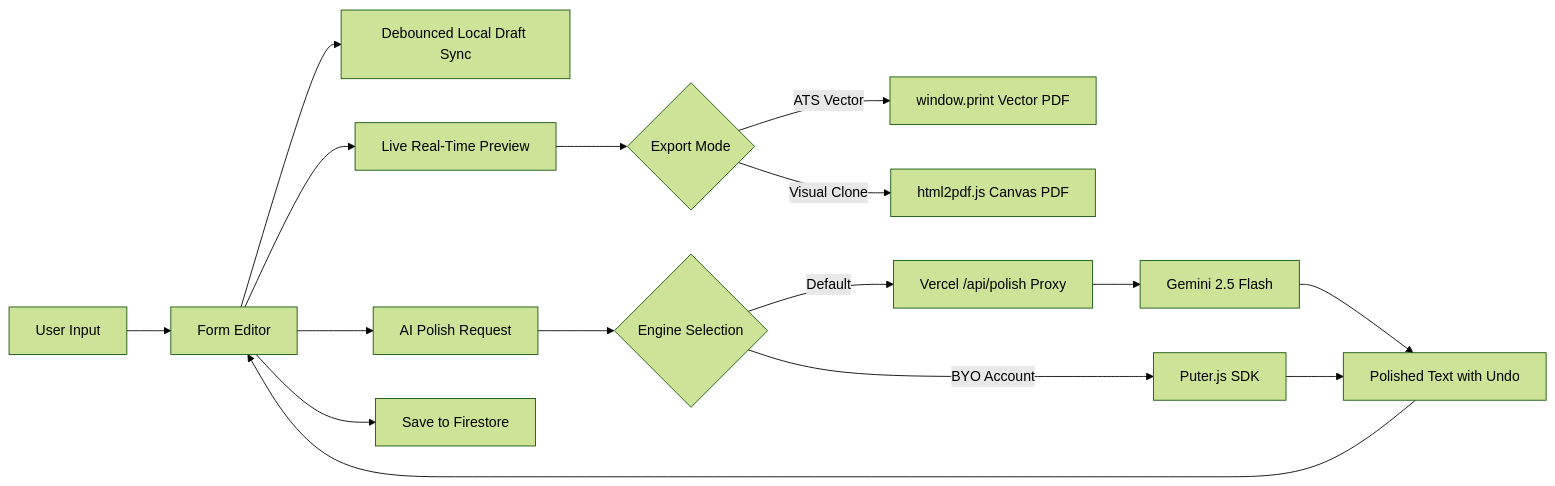
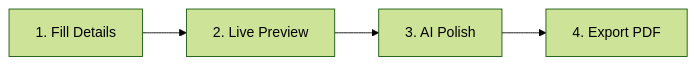
One commit to DushyantSingh7120/Resume-Builder-AI-Polish-4- changed the diagram in README.md. Above: the diagram before and after it, drawn with Mermaid (forest theme). The commit also changed other lines of this file, not shown here.

Commit message:
docs: simplify architecture mermaid diagram and add descriptive list of resume builder workflow steps

````diff
--- a/README.md
+++ b/README.md
@@ -98,22 +98,4 @@
 ```mermaid
 flowchart LR
-    A[User Input] --> B[Form Editor]
-    B --> C[Debounced Local Draft Sync]
-    B --> D[Live Real-Time Preview]
-    
-    B --> E[AI Polish Request]
-    E --> F{Engine Selection}
-    F -->|Default| G[Vercel /api/polish Proxy]
-    G --> H[Gemini 2.5 Flash]
-    F -->|BYO Account| I[Puter.js SDK]
-    
-    H --> J[Polished Text with Undo]
-    I --> J
-    J --> B
-    
-    B --> K[Save to Firestore]
-    
-    D --> L{Export Mode}
-    L -->|ATS Vector| M[window.print Vector PDF]
-    L -->|Visual Clone| N[html2pdf.js Canvas PDF]
+    A[1. Fill Details] --> B[2. Live Preview] --> C[3. AI Polish] --> D[4. Export PDF]
 ```
````
